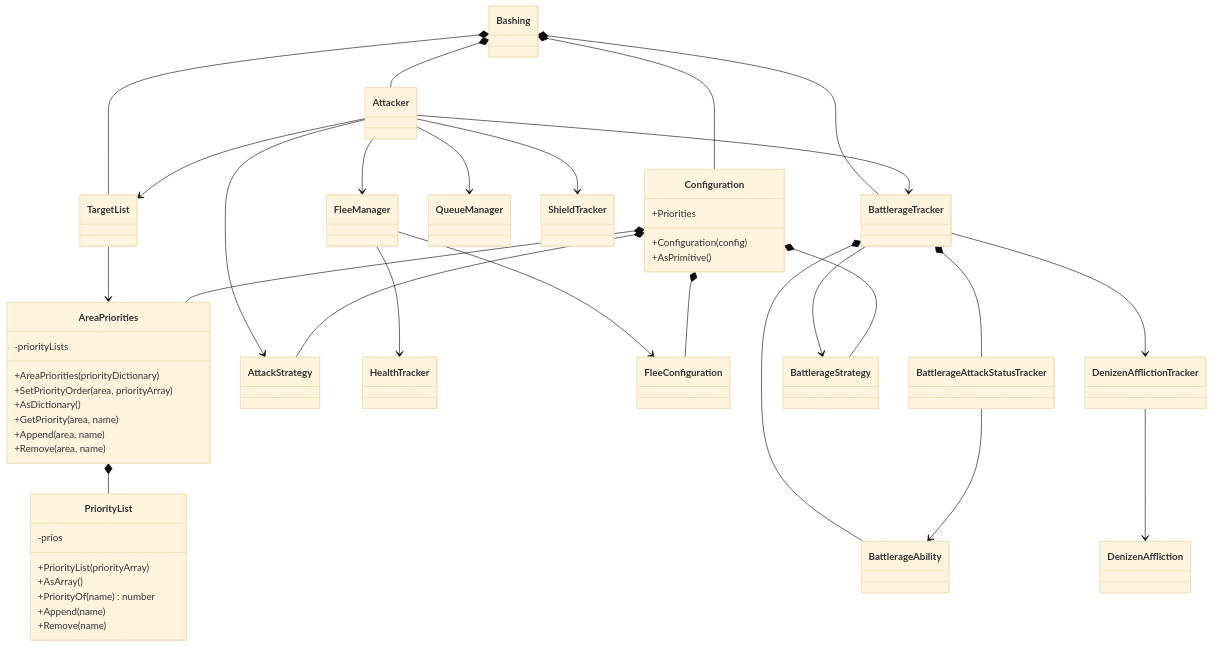
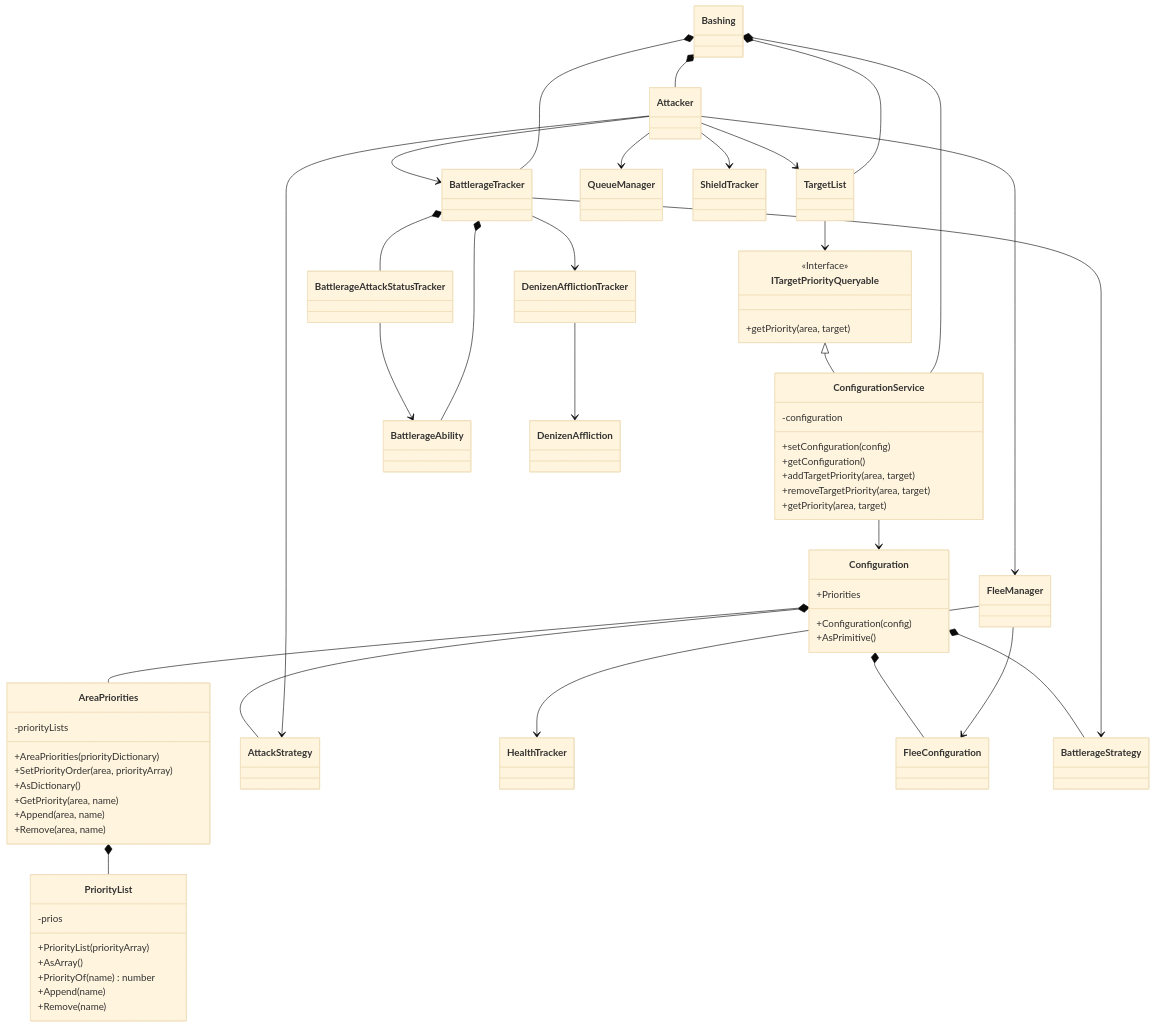
One commit to keneanung/Bashing.js-2.0 changed the diagram in website/docs/technical_documentation/class_interactions.md. Above: the diagram before and after it, drawn with Mermaid (base theme). The commit also changed 2 other files, not shown here.

Commit message:
Add ConfigurationService

````diff
--- a/website/docs/technical_documentation/class_interactions.md
+++ b/website/docs/technical_documentation/class_interactions.md
@@ -5,62 +5,80 @@
 ```mermaid
 classDiagram
 
 class PriorityList{
   -prios
   +PriorityList(priorityArray)
   +AsArray()
   +PriorityOf( name) number
   +Append(name)
   +Remove(name)
 }
 
 class AreaPriorities{
   -priorityLists
   +AreaPriorities(priorityDictionary)
   +SetPriorityOrder(area, priorityArray)
   +AsDictionary()
   +GetPriority(area, name)
   +Append(area, name)
   +Remove(area, name)
 }
 
 class Configuration{
   +Priorities
   +Configuration(config)
   +AsPrimitive()
 }
 
+class ConfigurationService{
+  -configuration
+  +setConfiguration(config)
+  +getConfiguration()
+  +addTargetPriority(area, target)
+  +removeTargetPriority(area, target)
+  +getPriority(area, target)
+}
+
+class ITargetPriorityQueryable{
+  <<Interface>>
+  +getPriority(area, target)
+}
+
 Bashing *-- TargetList
 Bashing *-- Attacker
 Bashing *-- BattlerageTracker
-Bashing *-- Configuration
+Bashing *-- ConfigurationService
+
+ITargetPriorityQueryable <|-- ConfigurationService
+ConfigurationService --> Configuration
+
 
 AreaPriorities *-- PriorityList
 
-TargetList --> AreaPriorities
+TargetList --> ITargetPriorityQueryable
 
 Attacker --> TargetList
 Attacker --> QueueManager
 Attacker --> BattlerageTracker
 Attacker --> AttackStrategy
 Attacker --> ShieldTracker
 Attacker --> FleeManager
 
 FleeManager --> HealthTracker
 FleeManager --> FleeConfiguration
 
 BattlerageTracker *-- BattlerageAbility
 BattlerageTracker *-- BattlerageAttackStatusTracker
 BattlerageTracker --> BattlerageStrategy
 BattlerageTracker --> DenizenAfflictionTracker
 
 BattlerageAttackStatusTracker --> BattlerageAbility
 
 DenizenAfflictionTracker --> DenizenAffliction
 
 Configuration *-- AttackStrategy
 Configuration *-- FleeConfiguration
 Configuration *-- BattlerageStrategy
 Configuration *-- AreaPriorities
 
 ```
````
